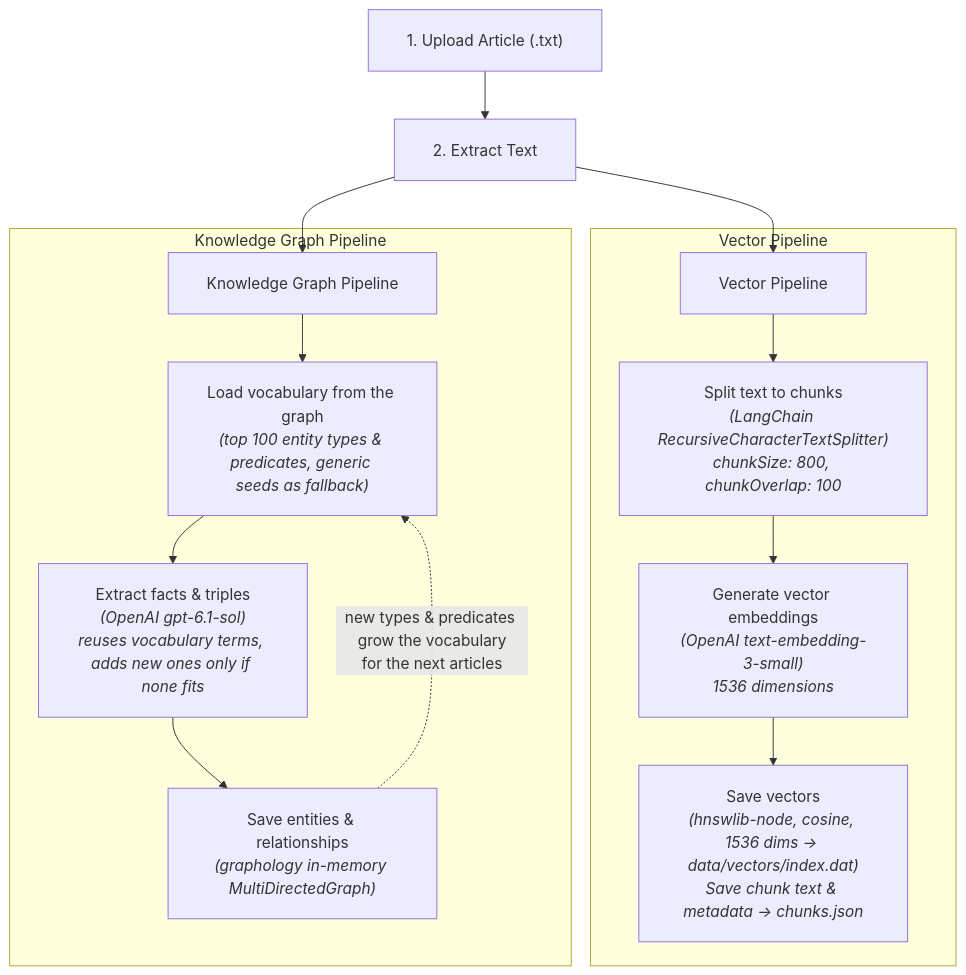
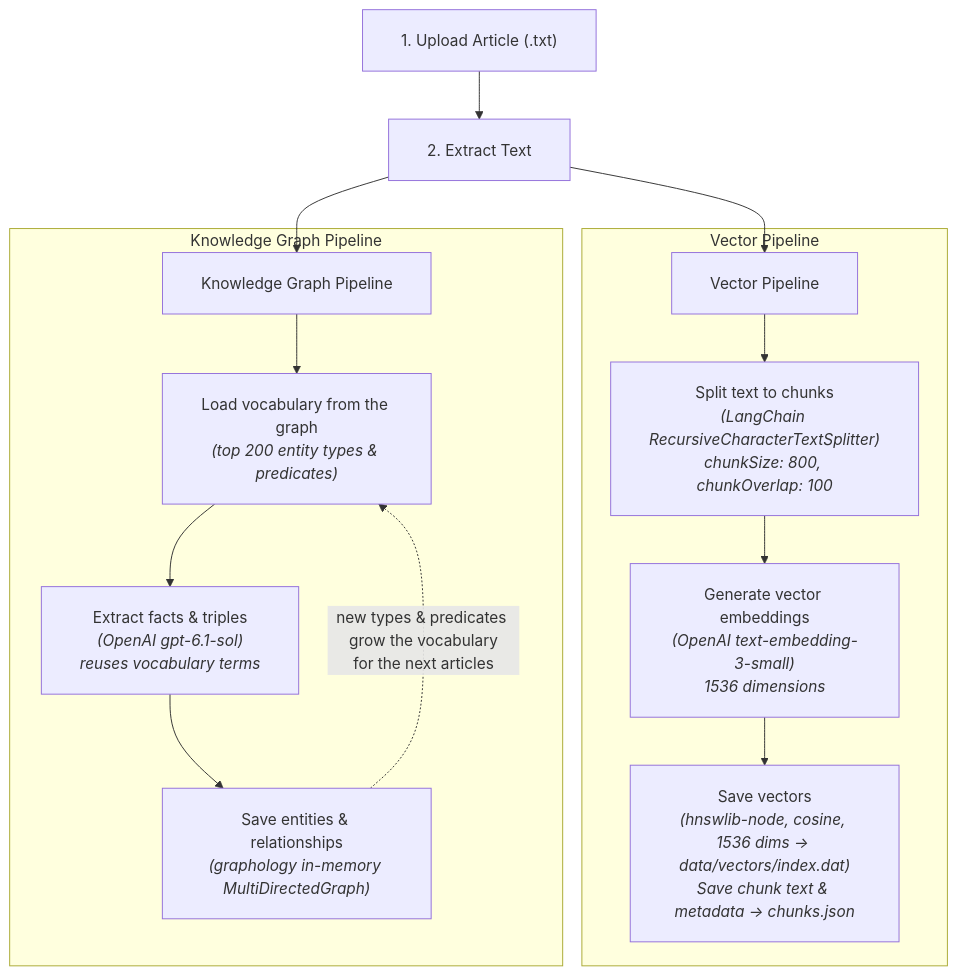
Before and after one commit to NickRumenov1/next-insights-rag: the first of 2 diagrams in README.md, drawn with Mermaid. The commit also changed 8 other files, not shown here.

Commit message:
improved diagram and code comments

````diff
--- a/README.md
+++ b/README.md
@@ -46,21 +46,21 @@
 ```mermaid
 %%{init: {"themeVariables": {"fontSize": "16"}, "flowchart": {"padding": 20, "nodeSpacing": 40, "rankSpacing": 50}}}%%
 flowchart TD
     Upload["1. Upload Article (.txt)"] --> Extract["2. Extract Text"]
     
     Extract --> VectorPipeline["Vector Pipeline"]
     Extract --> GraphPipeline["Knowledge Graph Pipeline"]
 
     subgraph Vector Pipeline
         VectorPipeline --> Split["Split text to chunks<br/><i>(LangChain RecursiveCharacterTextSplitter)</i><br/><i>chunkSize: 800, chunkOverlap: 100</i>"]
         Split --> Embed["Generate vector embeddings<br/><i>(OpenAI text-embedding-3-small)</i><br/><i>1536 dimensions</i>"]
         Embed --> SaveVector["Save vectors<br/><i>(hnswlib-node, cosine, 1536 dims → data/vectors/index.dat)</i><br/><i>Save chunk text & metadata → chunks.json</i>"]
     end
 
     subgraph Knowledge Graph Pipeline
-        GraphPipeline --> Vocab["Load vocabulary from the graph<br/><i>(top 100 entity types & predicates, generic seeds as fallback)</i>"]
-        Vocab --> Facts["Extract facts & triples<br/><i>(OpenAI gpt-6.1-sol)</i><br/><i>reuses vocabulary terms, adds new ones only if none fits</i>"]
+        GraphPipeline --> Vocab["Load vocabulary from the graph<br/><i>(top 200 entity types & predicates)</i>"]
+        Vocab --> Facts["Extract facts & triples<br/><i>(OpenAI gpt-6.1-sol)</i><br/><i>reuses vocabulary terms</i>"]
         Facts --> SaveGraph["Save entities & relationships<br/><i>(graphology in-memory MultiDirectedGraph)</i>"]
         SaveGraph -. "new types & predicates grow the vocabulary<br/>for the next articles" .-> Vocab
     end
 ```
````
